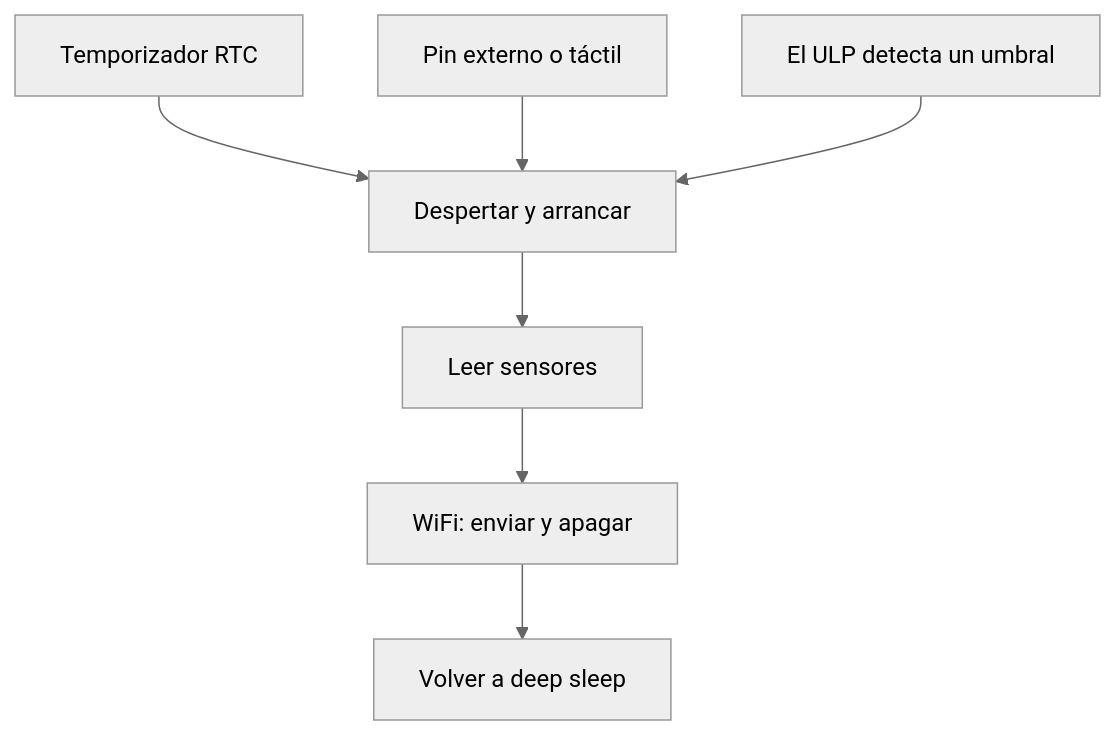
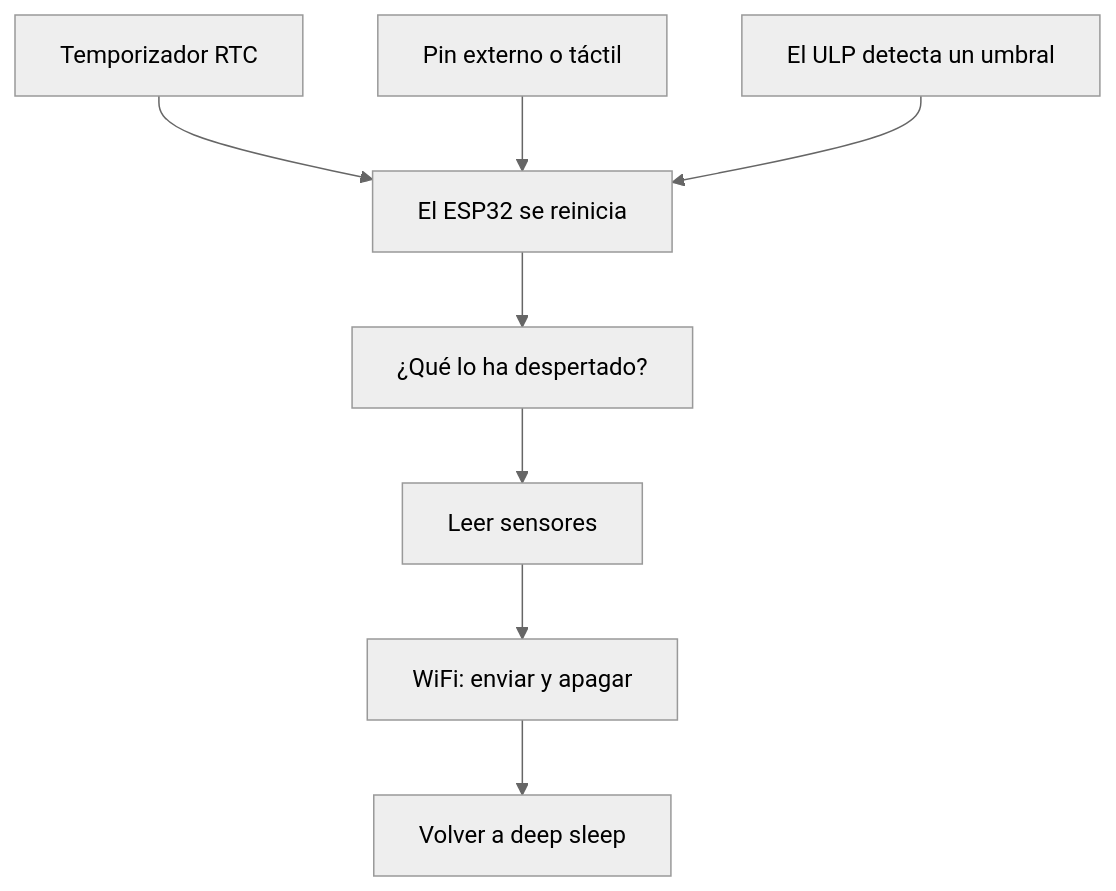
One commit to HackerspaceVLC/hackvlc.es changed the diagram in content/spanish/blog/consumo-esp32/index.md. Above: the diagram before and after it, drawn with Mermaid (neutral theme). The commit also changed other lines of this file and 1 other file, not shown here.

First line of the commit message:
content(blog): ampliar el post de consumo del ESP32

````diff
--- a/content/spanish/blog/consumo-esp32/index.md
+++ b/content/spanish/blog/consumo-esp32/index.md
@@ -43,9 +151,10 @@
 ```mermaid
 flowchart TD
-  A["Temporizador RTC"] --> W["Despertar y arrancar"]
+  A["Temporizador RTC"] --> W["El ESP32 se reinicia"]
   B["Pin externo o táctil"] --> W
   C["El ULP detecta un umbral"] --> W
-  W --> M["Leer sensores"]
+  W --> R["¿Qué lo ha despertado?"]
+  R --> M["Leer sensores"]
   M --> T["WiFi: enviar y apagar"]
   T --> S["Volver a deep sleep"]
 ```
````
